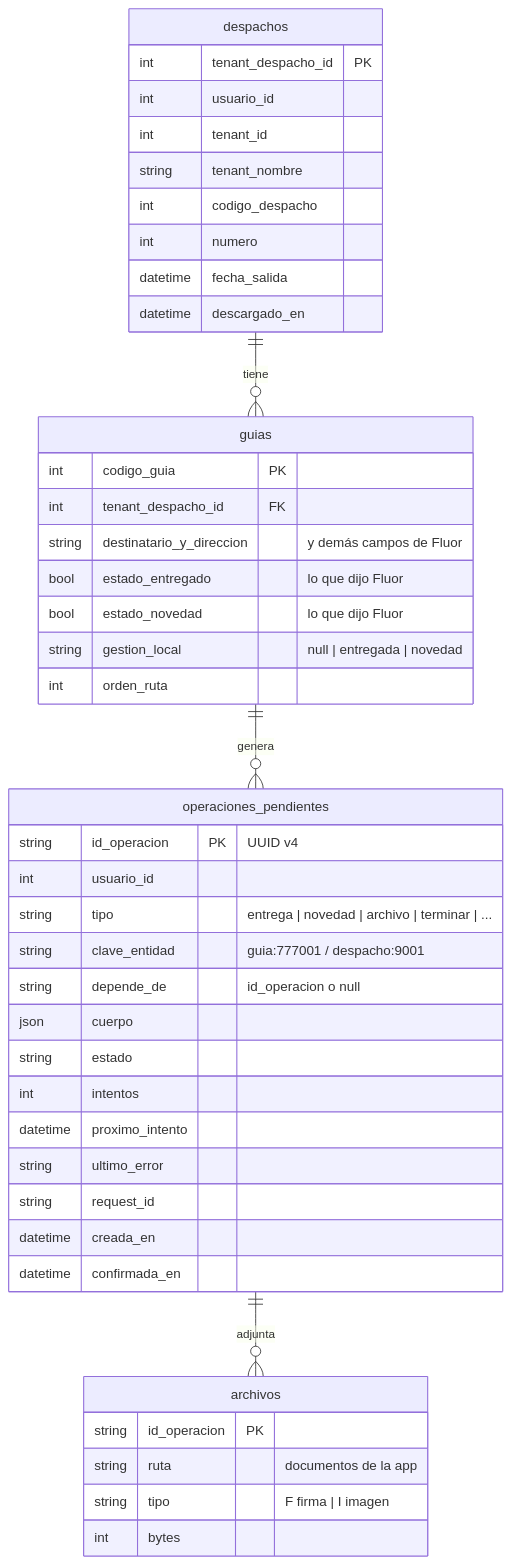
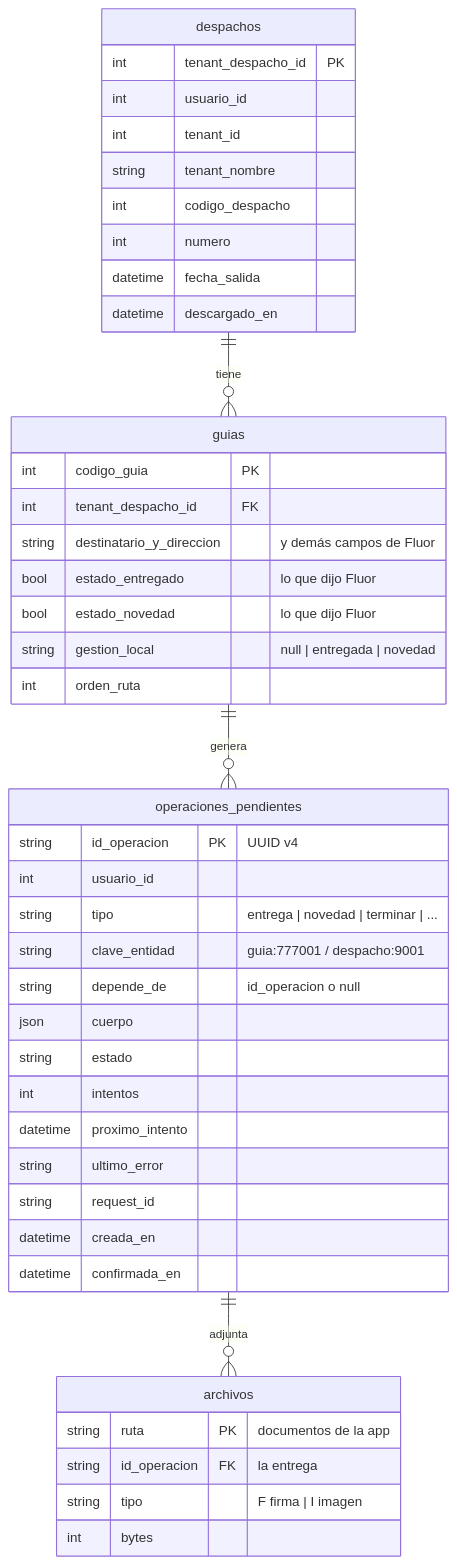
Before and after one commit to tamerlantian/cilog-2: the second of 9 diagrams in docs/offline.md, drawn with Mermaid. The commit also changed other lines of this file and 22 other files, not shown here.

````diff
--- a/docs/offline.md
+++ b/docs/offline.md
@@ -63,46 +69,46 @@
 ```mermaid
 erDiagram
     despachos ||--o{ guias : tiene
     guias ||--o{ operaciones_pendientes : genera
     operaciones_pendientes ||--o{ archivos : adjunta
     despachos {
         int tenant_despacho_id PK
         int usuario_id
         int tenant_id
         string tenant_nombre
         int codigo_despacho
         int numero
         datetime fecha_salida
         datetime descargado_en
     }
     guias {
         int codigo_guia PK
         int tenant_despacho_id FK
         string destinatario_y_direccion "y demás campos de Fluor"
         bool estado_entregado "lo que dijo Fluor"
         bool estado_novedad "lo que dijo Fluor"
         string gestion_local "null | entregada | novedad"
         int orden_ruta
     }
     operaciones_pendientes {
         string id_operacion PK "UUID v4"
         int usuario_id
-        string tipo "entrega | novedad | archivo | terminar | ..."
+        string tipo "entrega | novedad | terminar | ..."
         string clave_entidad "guia:777001 / despacho:9001"
         string depende_de "id_operacion o null"
         json cuerpo
         string estado
         int intentos
         datetime proximo_intento
         string ultimo_error
         string request_id
         datetime creada_en
         datetime confirmada_en
     }
     archivos {
-        string id_operacion PK
-        string ruta "documentos de la app"
+        string ruta PK "documentos de la app"
+        string id_operacion FK "la entrega"
         string tipo "F firma | I imagen"
         int bytes
     }
 ```
````
